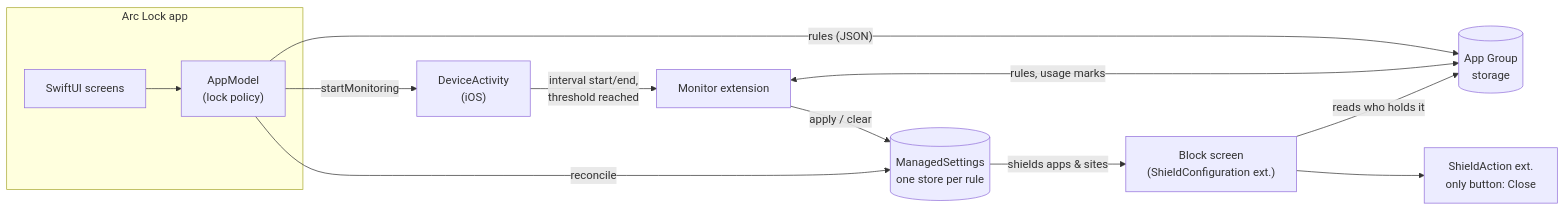
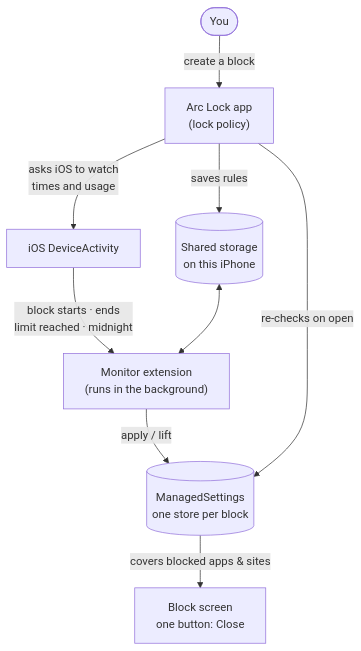
The diagram in README.md (WeldingArc/arc-lock), drawn with Mermaid before and after one commit.

Commit message:
README: readable top-down architecture diagram

````diff
--- a/README.md
+++ b/README.md
@@ -44,15 +44,11 @@
 ```mermaid
-flowchart LR
-    subgraph App["Arc Lock app"]
-        UI["SwiftUI screens"] --> Model["AppModel<br/>(lock policy)"]
-    end
-    Model -- "rules (JSON)" --> Group[("App Group<br/>storage")]
-    Model -- "startMonitoring" --> DA["DeviceActivity<br/>(iOS)"]
-    DA -- "interval start/end,<br/>threshold reached" --> Monitor["Monitor extension"]
-    Monitor <-- "rules, usage marks" --> Group
-    Monitor -- "apply / clear" --> MS[("ManagedSettings<br/>one store per rule")]
-    Model -- "reconcile" --> MS
-    MS -- "shields apps & sites" --> Shield["Block screen<br/>(ShieldConfiguration ext.)"]
-    Shield -- "reads who holds it" --> Group
-    Shield --> Action["ShieldAction ext.<br/>only button: Close"]
+flowchart TD
+    You(["You"]) -->|"create a block"| App["Arc Lock app<br/>(lock policy)"]
+    App -->|"saves rules"| Store[("Shared storage<br/>on this iPhone")]
+    App -->|"asks iOS to watch<br/>times and usage"| DA["iOS DeviceActivity"]
+    DA -->|"block starts · ends<br/>limit reached · midnight"| Mon["Monitor extension<br/>(runs in the background)"]
+    Store <--> Mon
+    Mon -->|"apply / lift"| MS[("ManagedSettings<br/>one store per block")]
+    App -->|"re-checks on open"| MS
+    MS -->|"covers blocked apps & sites"| Shield["Block screen<br/>one button: Close"]
 ```
````
